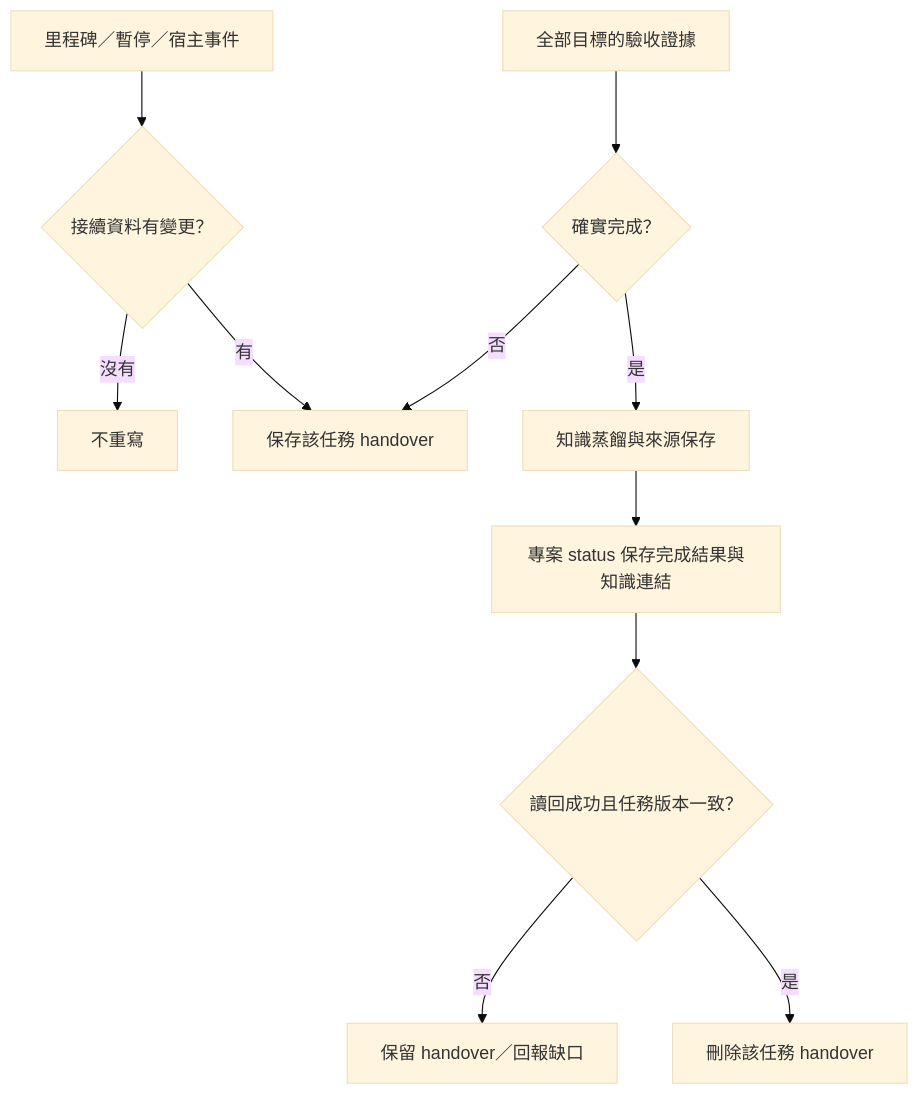
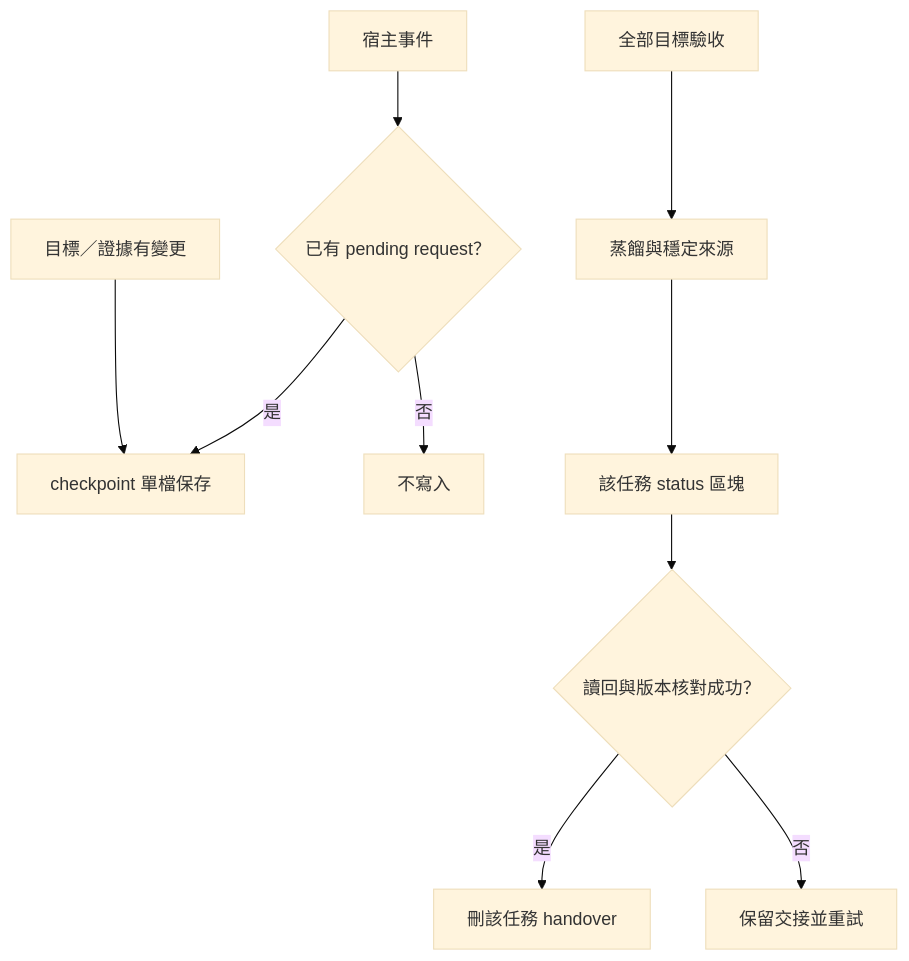
One commit to jin576tw/Aget-skill-repo changed the diagram in docs/recording-lifecycle.md. Above: the diagram before and after it, drawn with Mermaid (base theme). The commit also changed other lines of this file and 102 other files, not shown here.

````diff
--- a/docs/recording-lifecycle.md
+++ b/docs/recording-lifecycle.md
@@ -54,13 +20,12 @@
 ```mermaid
 flowchart TD
-    E[里程碑／暫停／宿主事件] --> C{接續資料有變更？}
-    C -->|沒有| N[不重寫]
-    C -->|有| H[保存該任務 handover]
-    G[全部目標的驗收證據] --> V{確實完成？}
-    V -->|否| H
-    V -->|是| K[知識蒸餾與來源保存]
-    K --> S[專案 status 保存完成結果與知識連結]
-    S --> Q{讀回成功且任務版本一致？}
-    Q -->|否| R[保留 handover／回報缺口]
-    Q -->|是| D[刪除該任務 handover]
+    A[目標／證據有變更] --> B[checkpoint 單檔保存]
+    E[宿主事件] --> P{已有 pending request？}
+    P -->|是| B
+    P -->|否| N[不寫入]
+    G[全部目標驗收] --> K[蒸餾與穩定來源]
+    K --> S[該任務 status 區塊]
+    S --> V{讀回與版本核對成功？}
+    V -->|是| D[刪該任務 handover]
+    V -->|否| R[保留交接並重試]
 ```
````
